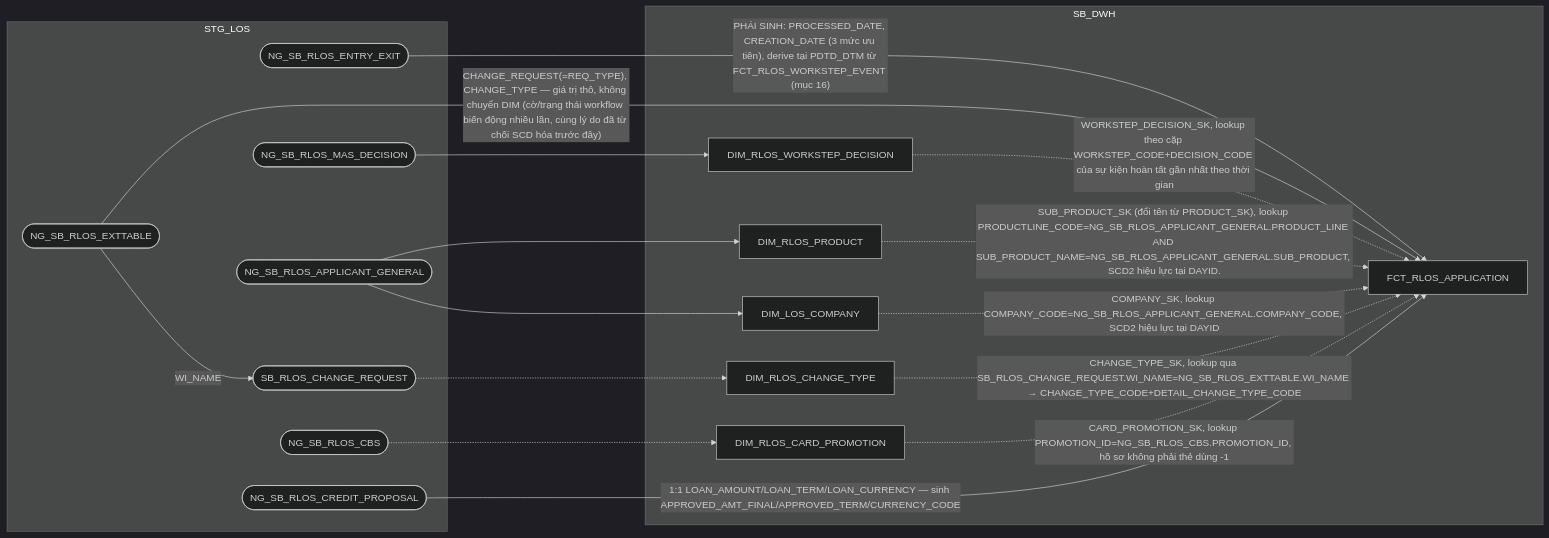
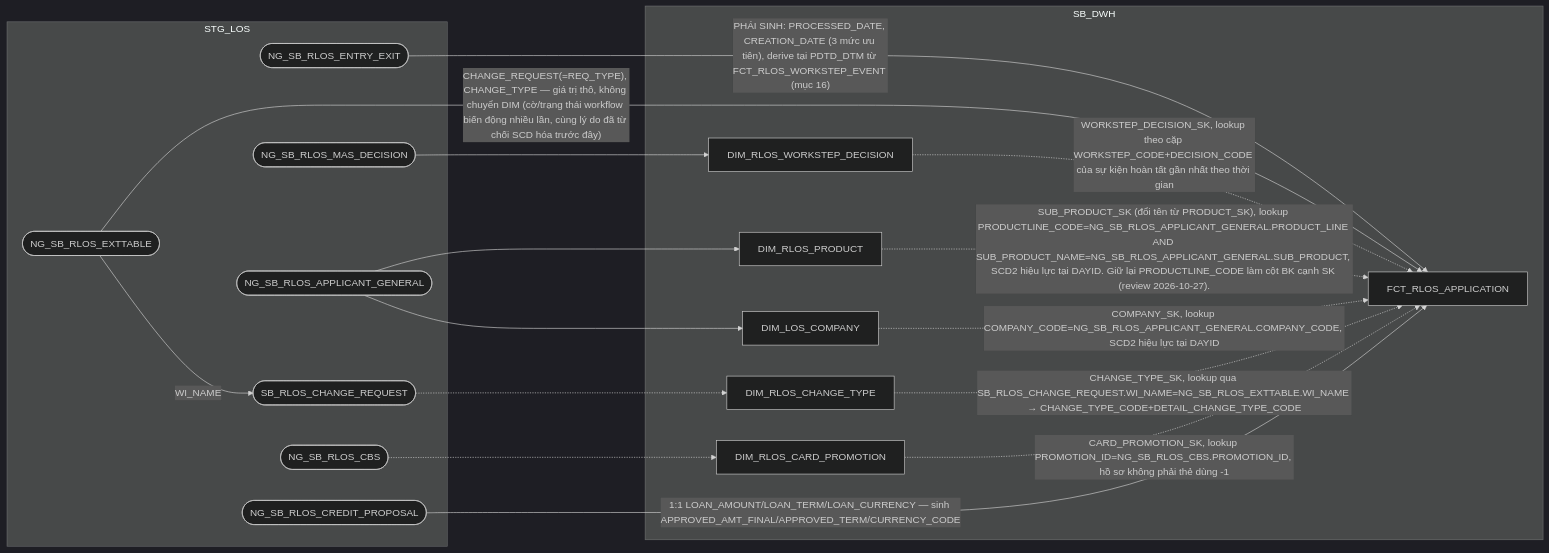
The seventh of 14 diagrams in hld/hld_review/HLD_FCT_SB_DWH_review.md (chien1198/sb-mapping-gen), drawn with Mermaid (dark theme) before and after one commit. The commit also changed other lines of this file and 15 other files, not shown here.

````diff
--- a/hld/hld_review/HLD_FCT_SB_DWH_review.md
+++ b/hld/hld_review/HLD_FCT_SB_DWH_review.md
@@ -527,34 +527,34 @@
 ```mermaid
 flowchart LR
     subgraph STG_LOS
         A(["NG_SB_RLOS_ENTRY_EXIT"])
         I(["NG_SB_RLOS_EXTTABLE"])
         P1(["NG_SB_RLOS_APPLICANT_GENERAL"])
         P4(["NG_SB_RLOS_CBS"])
         MW(["NG_SB_RLOS_MAS_DECISION"])
         CR(["NG_SB_RLOS_CREDIT_PROPOSAL"])
         CRQ(["SB_RLOS_CHANGE_REQUEST"])
     end
     subgraph SB_DWH
         WD["DIM_RLOS_WORKSTEP_DECISION"]
         PR["DIM_RLOS_PRODUCT"]
         OU["DIM_LOS_COMPANY"]
         CT["DIM_RLOS_CHANGE_TYPE"]
         CP["DIM_RLOS_CARD_PROMOTION"]
         E["FCT_RLOS_APPLICATION"]
     end
     A -->|"PHÁI SINH: PROCESSED_DATE, CREATION_DATE (3 mức ưu tiên), derive tại PDTD_DTM từ FCT_RLOS_WORKSTEP_EVENT (mục 16)"| E
     I -->|"CHANGE_REQUEST(=REQ_TYPE), CHANGE_TYPE — giá trị thô, không chuyển DIM (cờ/trạng thái workflow biến động nhiều lần, cùng lý do đã từ chối SCD hóa trước đây)"| E
     I -->|"WI_NAME"| CRQ
     CRQ -.-> CT
     WD -.->|"WORKSTEP_DECISION_SK, lookup theo cặp WORKSTEP_CODE+DECISION_CODE của sự kiện hoàn tất gần nhất theo thời gian"| E
     MW --> WD
-    PR -.->|"SUB_PRODUCT_SK (đổi tên từ PRODUCT_SK), lookup PRODUCTLINE_CODE=NG_SB_RLOS_APPLICANT_GENERAL.PRODUCT_LINE AND SUB_PRODUCT_NAME=NG_SB_RLOS_APPLICANT_GENERAL.SUB_PRODUCT, SCD2 hiệu lực tại DAYID."| E
+    PR -.->|"SUB_PRODUCT_SK (đổi tên từ PRODUCT_SK), lookup PRODUCTLINE_CODE=NG_SB_RLOS_APPLICANT_GENERAL.PRODUCT_LINE AND SUB_PRODUCT_NAME=NG_SB_RLOS_APPLICANT_GENERAL.SUB_PRODUCT, SCD2 hiệu lực tại DAYID. Giữ lại PRODUCTLINE_CODE làm cột BK cạnh SK (review 2026-10-27)."| E
     OU -.->|"COMPANY_SK, lookup COMPANY_CODE=NG_SB_RLOS_APPLICANT_GENERAL.COMPANY_CODE, SCD2 hiệu lực tại DAYID"| E
     CT -.->|"CHANGE_TYPE_SK, lookup qua SB_RLOS_CHANGE_REQUEST.WI_NAME=NG_SB_RLOS_EXTTABLE.WI_NAME → CHANGE_TYPE_CODE+DETAIL_CHANGE_TYPE_CODE"| E
     CP -.->|"CARD_PROMOTION_SK, lookup PROMOTION_ID=NG_SB_RLOS_CBS.PROMOTION_ID, hồ sơ không phải thẻ dùng -1"| E
     P1 --> PR
     P1 --> OU
     P4 -.-> CP
     CR -->|"1:1 LOAN_AMOUNT/LOAN_TERM/LOAN_CURRENCY — sinh APPROVED_AMT_FINAL/APPROVED_TERM/CURRENCY_CODE"| E
 ```
````
